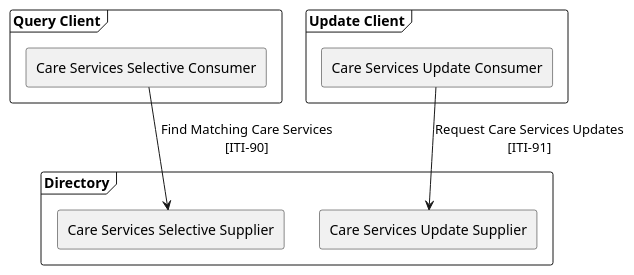
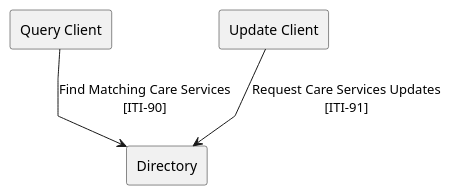
One commit to IHE/ITI.mCSD changed the diagram in input/images-source/basic-deployment.plantuml. Above: the diagram before and after it, drawn with PlantUML. The commit also changed 39 other files, not shown here.

```diff
--- a/input/images-source/basic-deployment.plantuml
+++ b/input/images-source/basic-deployment.plantuml
@@ -1,20 +1,13 @@
 @startuml
 hide footbox
+skinparam linetype polyline
 
-frame "Query Client" {
-agent "Care Services Selective Consumer" as Query
-}
 
-frame "Update Client" {
-  agent "Care Services Update Consumer" as Consumer
-}
+agent "Query Client" as Query
+agent "Update Client" as Update
+agent "Directory" as Directory
 
-frame Directory {
-agent "Care Services Selective Supplier" as Selective
-agent "Care Services Update Supplier" as Supplier
-}
-
-Query --> Selective: Find Matching Care Services\n[ITI-90]
-Consumer --> Supplier: Request Care Services Updates\n[ITI-91]
+Query --> Directory: Find Matching Care Services\n[ITI-90]
+Update --> Directory: Request Care Services Updates\n[ITI-91]
 
 @enduml
```
